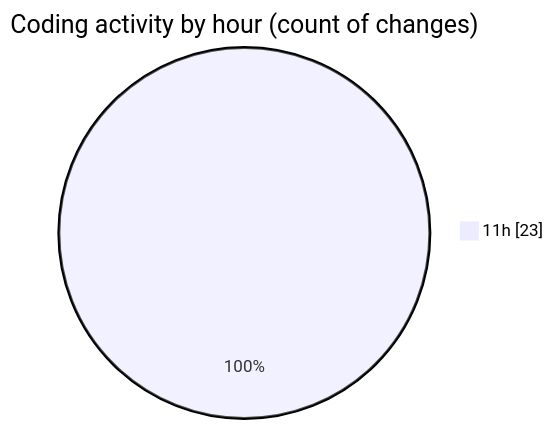
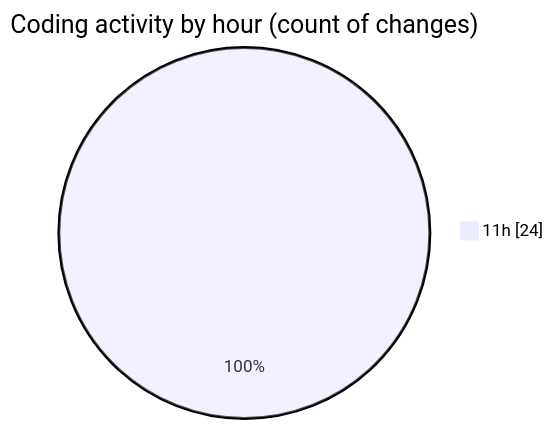
One commit to idhammustaqopulfikri/code-tracking changed the second of 2 diagrams in 2025-04-19/autodidak/README.md. Above: the diagram before and after it, drawn with Mermaid. The commit also changed other lines of this file and 1 other file, not shown here.

````diff
--- a/2025-04-19/autodidak/README.md
+++ b/2025-04-19/autodidak/README.md
@@ -36,5 +36,5 @@
 ```mermaid
 pie showData
 title Coding activity by hour (count of changes)
-"11h" : 23
+"11h" : 24
 ```
````
